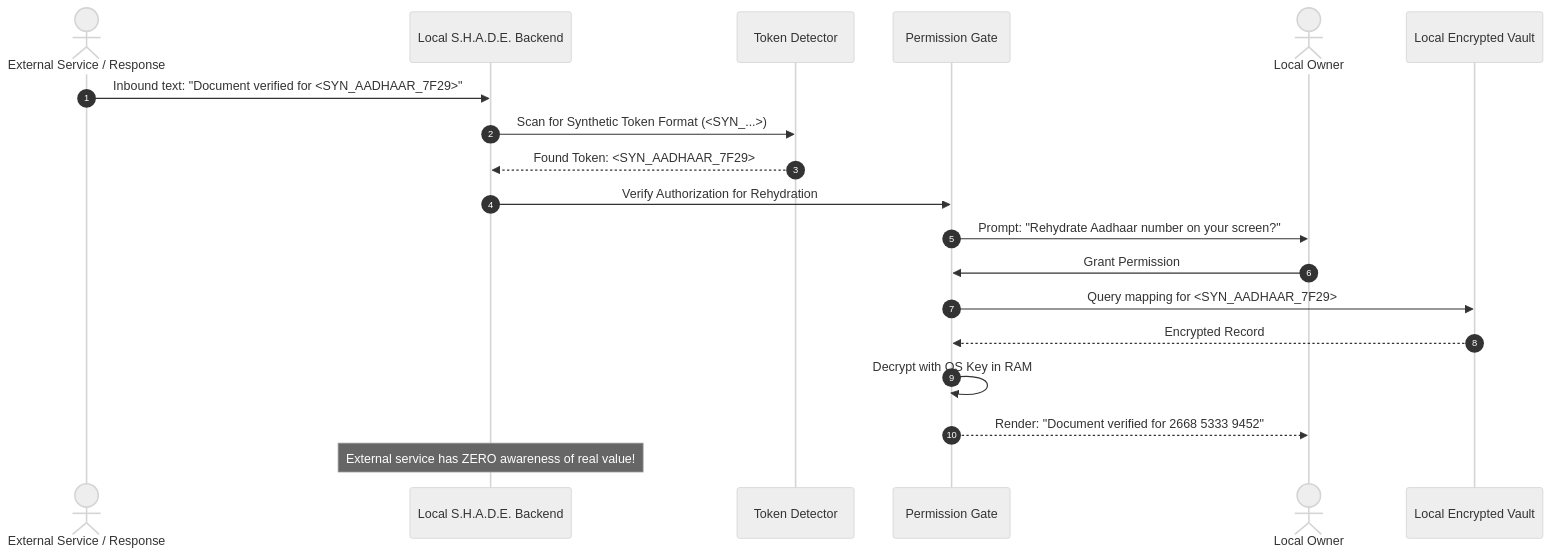
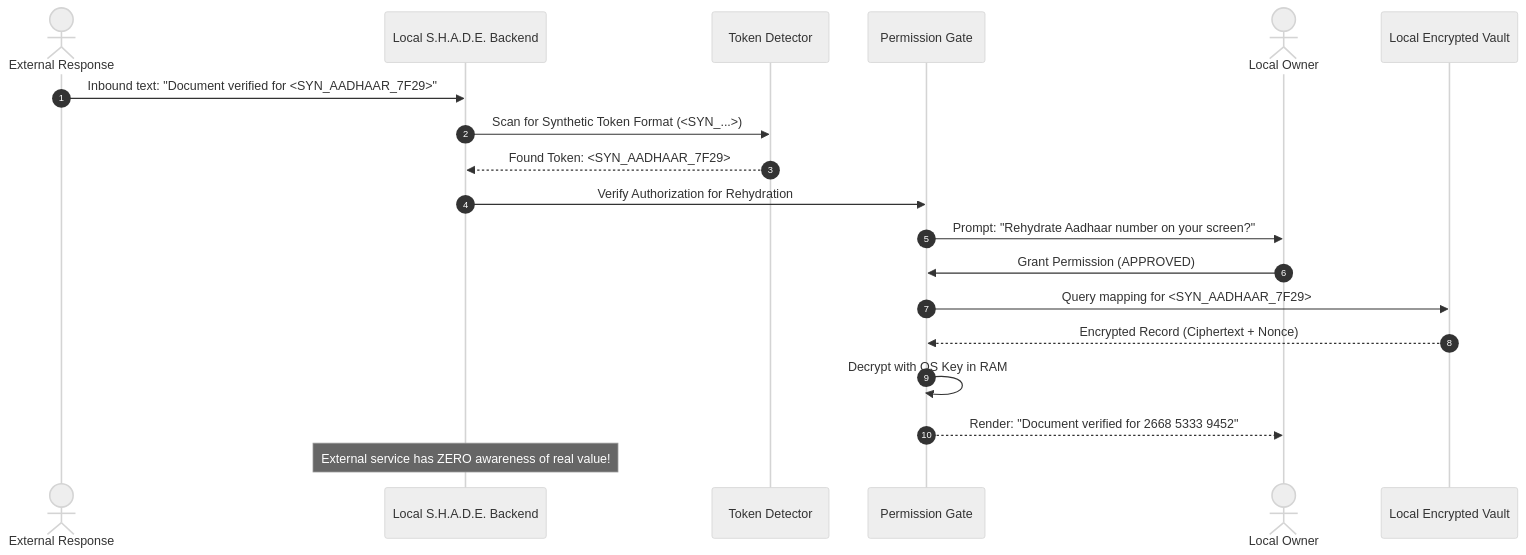
One commit to Shashank-1920/KPRIET-HackITon26 changed the fourth of 7 diagrams in docs/architecture/ARCHITECTURE.md. Above: the diagram before and after it, drawn with Mermaid (neutral theme). The commit also changed other lines of this file, not shown here.

Commit message:
docs: establish S.H.A.D.E. architecture baseline

````diff
--- a/docs/architecture/ARCHITECTURE.md
+++ b/docs/architecture/ARCHITECTURE.md
@@ -251,22 +156,22 @@
 ```mermaid
 sequenceDiagram
     autonumber
-    actor Ext as External Service / Response
+    actor External as External Response
     participant Backend as Local S.H.A.D.E. Backend
     participant Detector as Token Detector
     participant Gate as Permission Gate
     actor Owner as Local Owner
     participant Vault as Local Encrypted Vault
 
-    Ext->>Backend: Inbound text: "Document verified for <SYN_AADHAAR_7F29>"
+    External->>Backend: Inbound text: "Document verified for <SYN_AADHAAR_7F29>"
     Backend->>Detector: Scan for Synthetic Token Format (<SYN_...>)
     Detector-->>Backend: Found Token: <SYN_AADHAAR_7F29>
     Backend->>Gate: Verify Authorization for Rehydration
     Gate->>Owner: Prompt: "Rehydrate Aadhaar number on your screen?"
-    Owner->>Gate: Grant Permission
+    Owner->>Gate: Grant Permission (APPROVED)
     Gate->>Vault: Query mapping for <SYN_AADHAAR_7F29>
-    Vault-->>Gate: Encrypted Record
+    Vault-->>Gate: Encrypted Record (Ciphertext + Nonce)
     Gate->>Gate: Decrypt with OS Key in RAM
     Gate-->>Owner: Render: "Document verified for 2668 5333 9452"
     Note over Backend: External service has ZERO awareness of real value!
 ```
````
